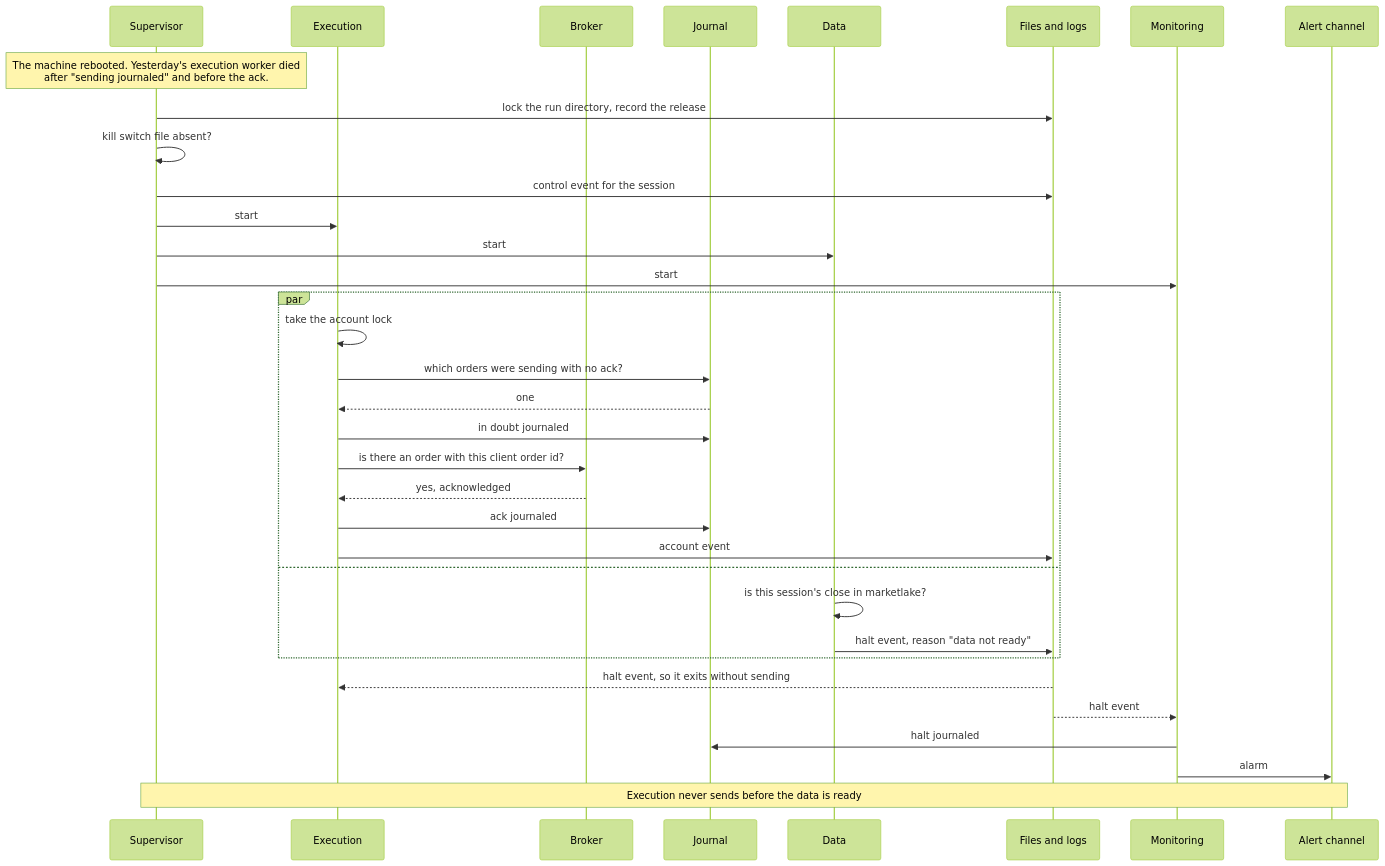
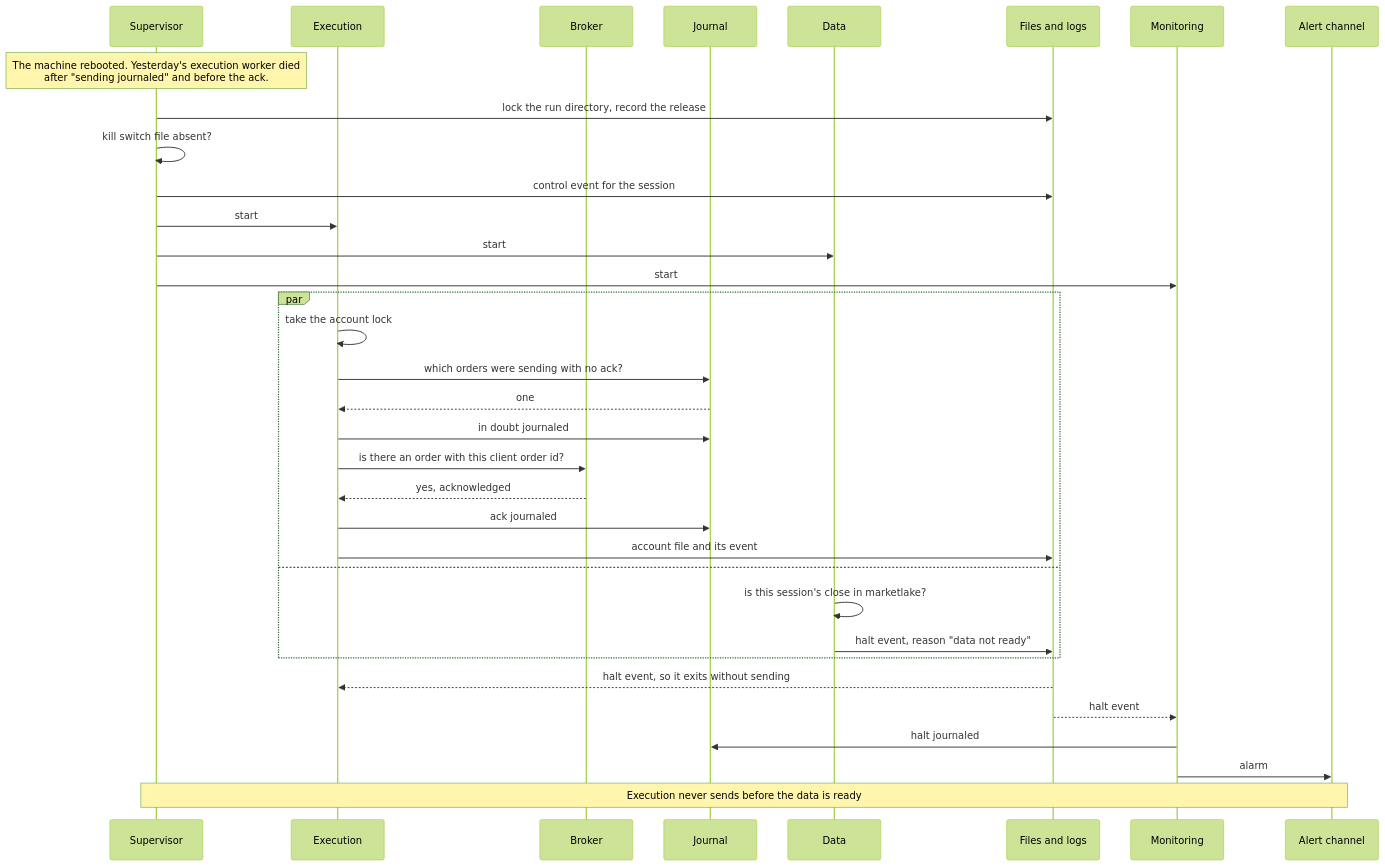
The sixth of 16 diagrams in docs/architecture.md (l3a0/ithildin-runtime), drawn with Mermaid (forest theme) before and after one commit. The commit also changed other lines of this file and 1 other file, not shown here.

````diff
--- a/docs/architecture.md
+++ b/docs/architecture.md
@@ -632,37 +638,37 @@
 ```mermaid
 sequenceDiagram
     participant V as Supervisor
     participant X as Execution
     participant B as Broker
     participant J as Journal
     participant D as Data
     participant F as Files and logs
     participant M as Monitoring
     participant L as Alert channel
 
     Note over V: The machine rebooted. Yesterday's execution worker died<br/>after "sending journaled" and before the ack.
     V->>F: lock the run directory, record the release
     V->>V: kill switch file absent?
     V->>F: control event for the session
     V->>X: start
     V->>D: start
     V->>M: start
     par
         X->>X: take the account lock
         X->>J: which orders were sending with no ack?
         J-->>X: one
         X->>J: in doubt journaled
         X->>B: is there an order with this client order id?
         B-->>X: yes, acknowledged
         X->>J: ack journaled
-        X->>F: account event
+        X->>F: account file and its event
     and
         D->>D: is this session's close in marketlake?
         D->>F: halt event, reason "data not ready"
     end
     F-->>X: halt event, so it exits without sending
     F-->>M: halt event
     M->>J: halt journaled
     M->>L: alarm
     Note over V,L: Execution never sends before the data is ready
 ```
````
